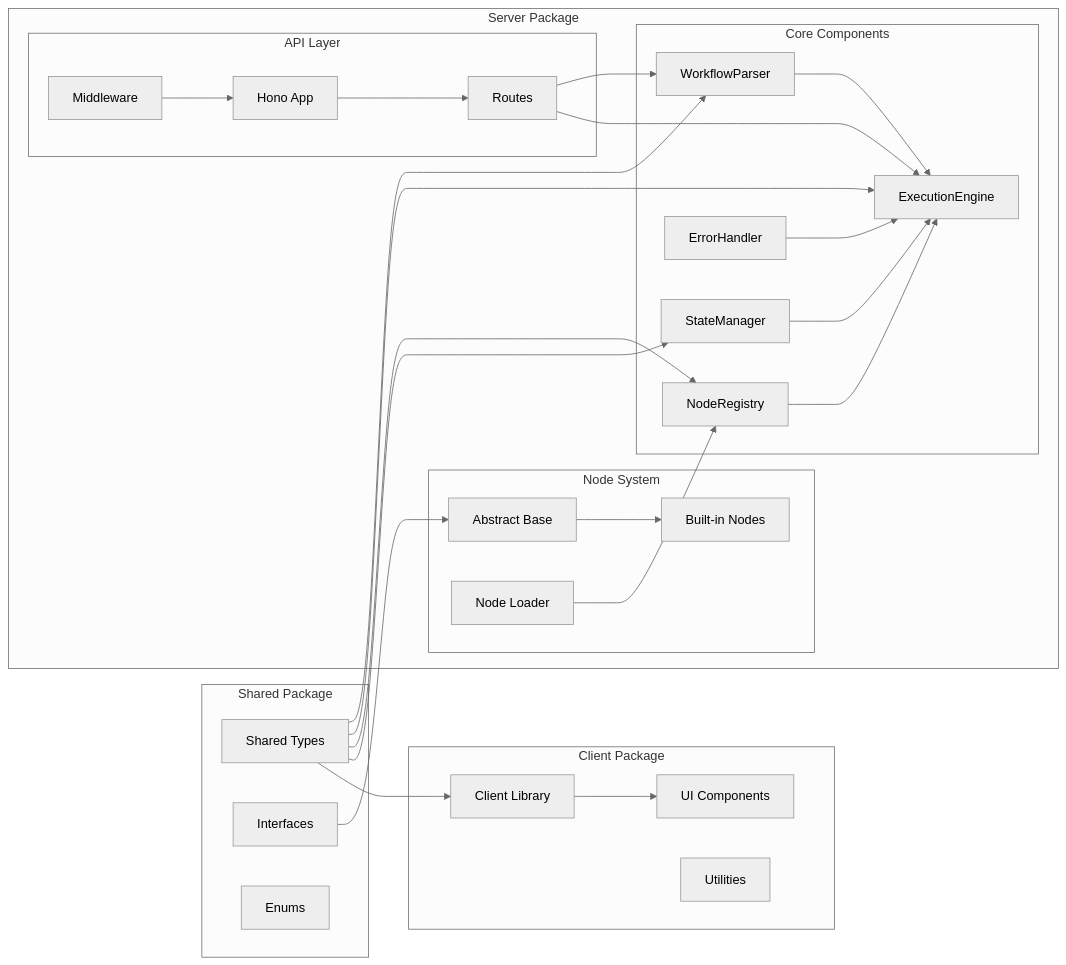
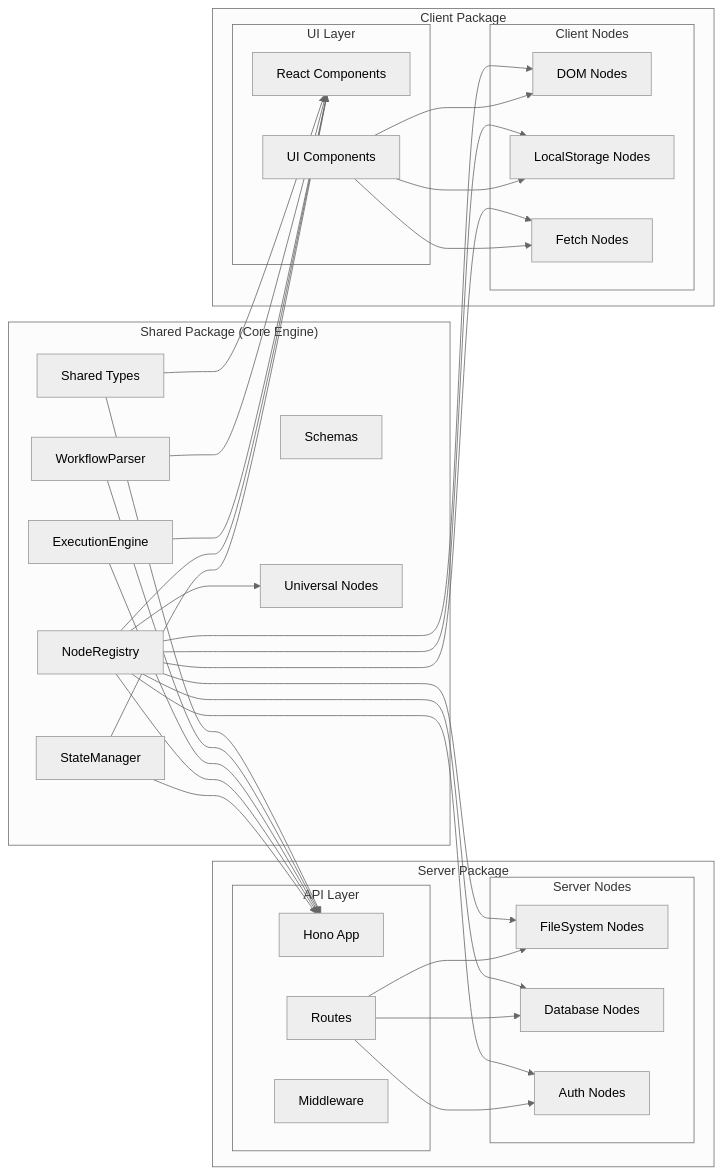
One commit to Narcis13/workscript changed the second of 3 diagrams in .kiro/specs/json-workflow-engine/design.md. Above: the diagram before and after it, drawn with Mermaid (neutral theme). The commit also changed other lines of this file and 5 other files, not shown here.

````diff
--- a/.kiro/specs/json-workflow-engine/design.md
+++ b/.kiro/specs/json-workflow-engine/design.md
@@ -106,54 +117,71 @@
 ```mermaid
 graph LR
-    subgraph "Shared Package"
+    subgraph "Shared Package (Core Engine)"
         ST[Shared Types]
-        I[Interfaces]
-        E[Enums]
+        WPC[WorkflowParser]
+        EEC[ExecutionEngine]
+        NRC[NodeRegistry]
+        SMC[StateManager]
+        S[Schemas]
+        SN[Universal Nodes]
     end
     
     subgraph "Server Package"
-        subgraph "Core Components"
-            WPC[WorkflowParser]
-            EEC[ExecutionEngine]
-            NRC[NodeRegistry]
-            SMC[StateManager]
-            EH[ErrorHandler]
-        end
-        
         subgraph "API Layer"
             HA[Hono App]
             R[Routes]
             M[Middleware]
         end
         
-        subgraph "Node System"
-            AB[Abstract Base]
-            BN[Built-in Nodes]
-            NL[Node Loader]
+        subgraph "Server Nodes"
+            FSN[FileSystem Nodes]
+            DBN[Database Nodes]
+            AN[Auth Nodes]
         end
     end
     
     subgraph "Client Package"
-        CL[Client Library]
-        UI[UI Components]
-        UT[Utilities]
+        subgraph "UI Layer"
+            RC[React Components]
+            UI[UI Components]
+        end
+        
+        subgraph "Client Nodes"
+            DN[DOM Nodes]
+            LSN[LocalStorage Nodes]
+            FN[Fetch Nodes]
+        end
     end
     
-    ST --> WPC
-    ST --> EEC
-    ST --> NRC
-    ST --> SMC
-    I --> AB
-    AB --> BN
-    NL --> NRC
-    WPC --> EEC
-    NRC --> EEC
-    SMC --> EEC
-    EH --> EEC
-    HA --> R
-    R --> WPC
-    R --> EEC
-    M --> HA
-    ST --> CL
-    CL --> UI
+    %% All packages import from shared
+    ST --> HA
+    WPC --> HA
+    EEC --> HA
+    NRC --> HA
+    SMC --> HA
+    
+    ST --> RC
+    WPC --> RC
+    EEC --> RC
+    NRC --> RC
+    SMC --> RC
+    
+    %% Node discovery
+    NRC --> SN
+    NRC --> FSN
+    NRC --> DBN
+    NRC --> AN
+    NRC --> DN
+    NRC --> LSN
+    NRC --> FN
+    
+    %% API uses server nodes
+    R --> FSN
+    R --> DBN
+    R --> AN
+    
+    %% UI uses client nodes
+    UI --> DN
+    UI --> LSN
+    UI --> FN
 ```
````
